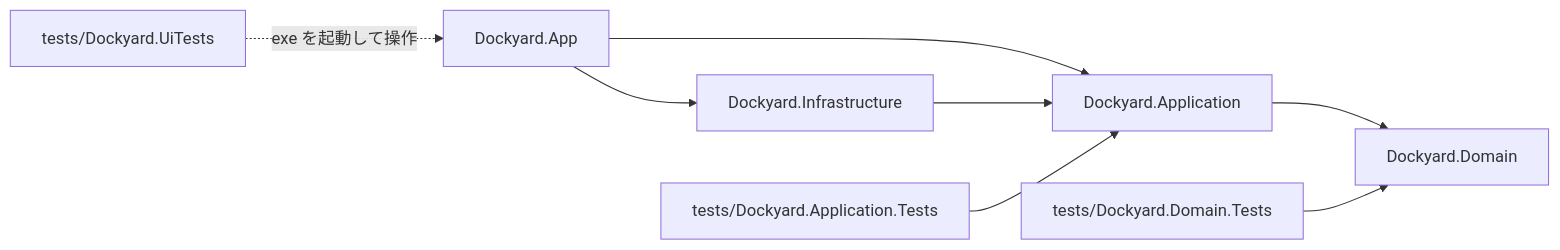
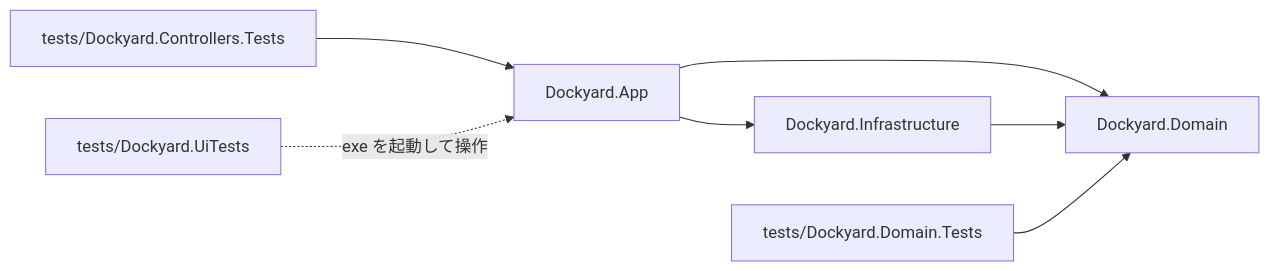
Before and after one commit to ntaksh42/dockyard: the first of 5 diagrams in docs/architecture.md, drawn with Mermaid. The commit also changed other lines of this file and 20 other files, not shown here.

````diff
--- a/docs/architecture.md
+++ b/docs/architecture.md
@@ -74,10 +40,9 @@
 ```mermaid
 flowchart LR
-    App["Dockyard.App"] --> Application["Dockyard.Application"]
-    App --> Infra["Dockyard.Infrastructure"]
-    Infra --> Application
-    Application --> Domain["Dockyard.Domain"]
+    App["Dockyard.App"] --> Infra["Dockyard.Infrastructure"]
+    App --> Domain["Dockyard.Domain"]
+    Infra --> Domain
     DT["tests/Dockyard.Domain.Tests"] --> Domain
-    AT["tests/Dockyard.Application.Tests"] --> Application
+    CT["tests/Dockyard.Controllers.Tests"] --> App
     UT["tests/Dockyard.UiTests"] -. exe を起動して操作 .-> App
 ```
````
